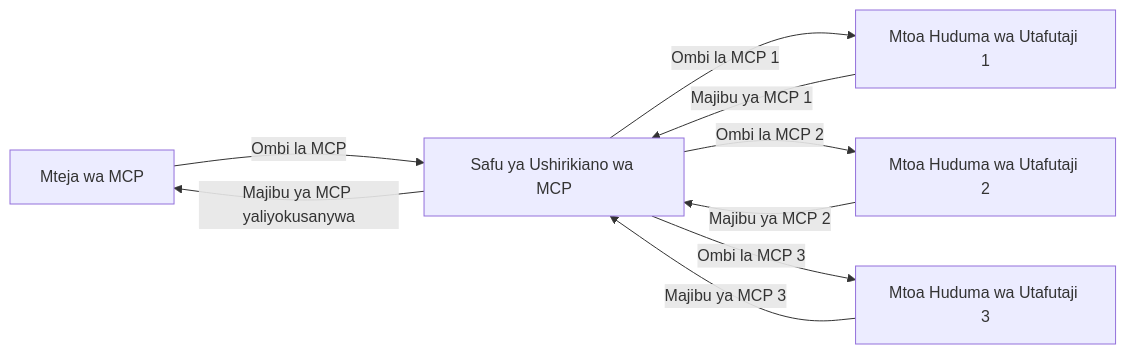
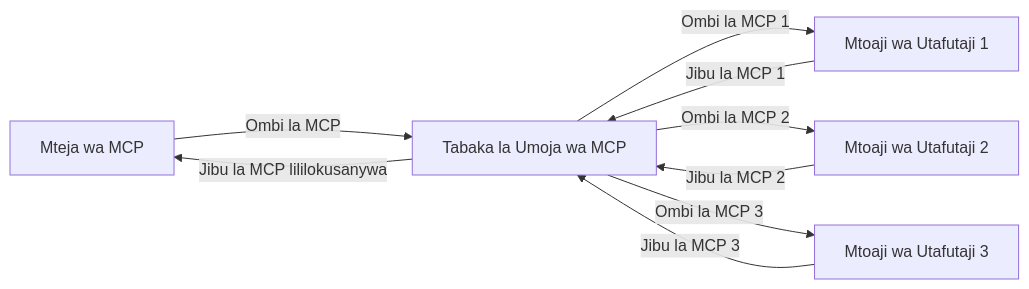
Before and after one commit to microsoft/mcp-for-beginners: the third of 4 diagrams in translations/sw/05-AdvancedTopics/mcp-realtimesearch/README.md, drawn with Mermaid. The commit also changed other lines of this file and 140 other files, not shown here.

````diff
--- a/translations/sw/05-AdvancedTopics/mcp-realtimesearch/README.md
+++ b/translations/sw/05-AdvancedTopics/mcp-realtimesearch/README.md
@@ -610,11 +612,11 @@
 ```mermaid
 graph LR
-    Client[Mteja wa MCP] --> |Ombi la MCP| Federation[Safu ya Ushirikiano wa MCP]
-    Federation --> |Ombi la MCP 1| Search1[Mtoa Huduma wa Utafutaji 1]
-    Federation --> |Ombi la MCP 2| Search2[Mtoa Huduma wa Utafutaji 2]
-    Federation --> |Ombi la MCP 3| Search3[Mtoa Huduma wa Utafutaji 3]
-    Search1 --> |Majibu ya MCP 1| Federation
-    Search2 --> |Majibu ya MCP 2| Federation
-    Search3 --> |Majibu ya MCP 3| Federation
-    Federation --> |Majibu ya MCP yaliyokusanywa| Client
+    Client[Mteja wa MCP] --> |Ombi la MCP| Federation[Tabaka la Umoja wa MCP]
+    Federation --> |Ombi la MCP 1| Search1[Mtoaji wa Utafutaji 1]
+    Federation --> |Ombi la MCP 2| Search2[Mtoaji wa Utafutaji 2]
+    Federation --> |Ombi la MCP 3| Search3[Mtoaji wa Utafutaji 3]
+    Search1 --> |Jibu la MCP 1| Federation
+    Search2 --> |Jibu la MCP 2| Federation
+    Search3 --> |Jibu la MCP 3| Federation
+    Federation --> |Jibu la MCP lililokusanywa| Client
 ```
````
